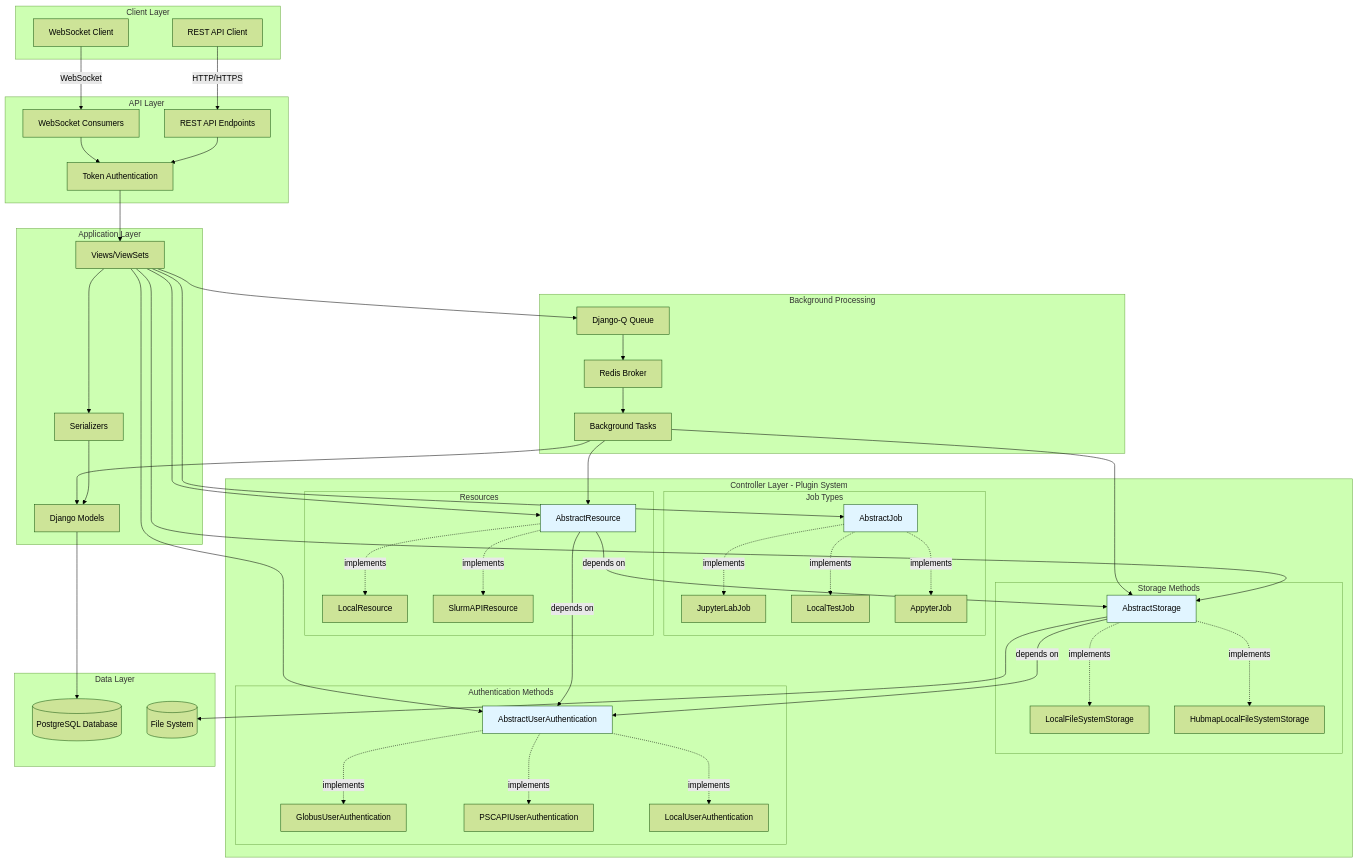
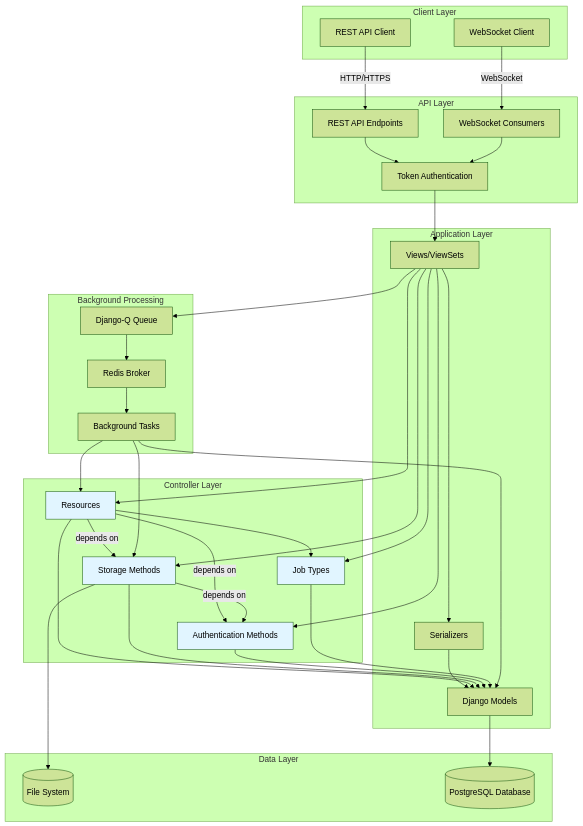
Before and after one commit to hubmapconsortium/user_workspaces_server: the diagram in docs/architecture.rst, drawn with Mermaid (forest theme). The commit also changed other lines of this file and 4 other files, not shown here.

Commit message:
General: Separate controller details from architecture

```diff
--- a/docs/architecture.rst
+++ b/docs/architecture.rst
@@ -26,32 +26,11 @@
            Models[Django Models]
        end
 
-       subgraph "Controller Layer - Plugin System"
-           subgraph "Job Types"
-               JobAbstract[AbstractJob]
-               JupyterJob[JupyterLabJob]
-               TestJob[LocalTestJob]
-               AppyterJob[AppyterJob]
-           end
-
-           subgraph "Resources"
-               ResourceAbstract[AbstractResource]
-               LocalRes[LocalResource]
-               SlurmRes[SlurmAPIResource]
-           end
-
-           subgraph "Storage Methods"
-               StorageAbstract[AbstractStorage]
-               LocalStorage[LocalFileSystemStorage]
-               HubmapStorage[HubmapLocalFileSystemStorage]
-           end
-
-           subgraph "Authentication Methods"
-               AuthAbstract[AbstractUserAuthentication]
-               GlobusAuth[GlobusUserAuthentication]
-               PSCAuth[PSCAPIUserAuthentication]
-               LocalAuth[LocalUserAuthentication]
-           end
+       subgraph "Controller Layer"
+           JobTypes[Job Types]
+           Resources[Resources]
+           StorageMethods[Storage Methods]
+           AuthMethods[Authentication Methods]
        end
 
        subgraph "Background Processing"
@@ -61,8 +40,8 @@
        end
 
        subgraph "Data Layer"
+           FileSystem[(File System)]
            PostgreSQL[(PostgreSQL Database)]
-           FileSystem[(File System)]
        end
 
        Client -->|HTTP/HTTPS| REST
@@ -74,36 +53,29 @@
        Serializers --> Models
        Models --> PostgreSQL
 
-       Views --> JobAbstract
-       JobAbstract -.->|implements| JupyterJob
-       JobAbstract -.->|implements| TestJob
-       JobAbstract -.->|implements| AppyterJob
+       Views --> JobTypes
+       Views --> Resources
+       Views --> StorageMethods
+       Views --> AuthMethods
 
-       Views --> ResourceAbstract
-       ResourceAbstract -.->|implements| LocalRes
-       ResourceAbstract -.->|implements| SlurmRes
-       ResourceAbstract -->|depends on| StorageAbstract
-       ResourceAbstract -->|depends on| AuthAbstract
-
-       Views --> StorageAbstract
-       StorageAbstract -.->|implements| LocalStorage
-       StorageAbstract -.->|implements| HubmapStorage
-       StorageAbstract -->|depends on| AuthAbstract
-       StorageAbstract --> FileSystem
-
-       Views --> AuthAbstract
-       AuthAbstract -.->|implements| GlobusAuth
-       AuthAbstract -.->|implements| PSCAuth
-       AuthAbstract -.->|implements| LocalAuth
+       Resources -->|depends on| StorageMethods
+       Resources -->|depends on| AuthMethods
+       Resources --> JobTypes
+       Resources --> Models
+       StorageMethods -->|depends on| AuthMethods
+       StorageMethods --> FileSystem
+       StorageMethods --> Models
+       AuthMethods --> Models
+       JobTypes --> Models
 
        Views --> DjangoQ
        DjangoQ --> Redis
        Redis --> Tasks
        Tasks --> Models
-       Tasks --> ResourceAbstract
-       Tasks --> StorageAbstract
+       Tasks --> Resources
+       Tasks --> StorageMethods
 
-       style JobAbstract fill:#e1f5ff
-       style ResourceAbstract fill:#e1f5ff
-       style StorageAbstract fill:#e1f5ff
-       style AuthAbstract fill:#e1f5ff
+       style JobTypes fill:#e1f5ff
+       style Resources fill:#e1f5ff
+       style StorageMethods fill:#e1f5ff
+       style AuthMethods fill:#e1f5ff
```
